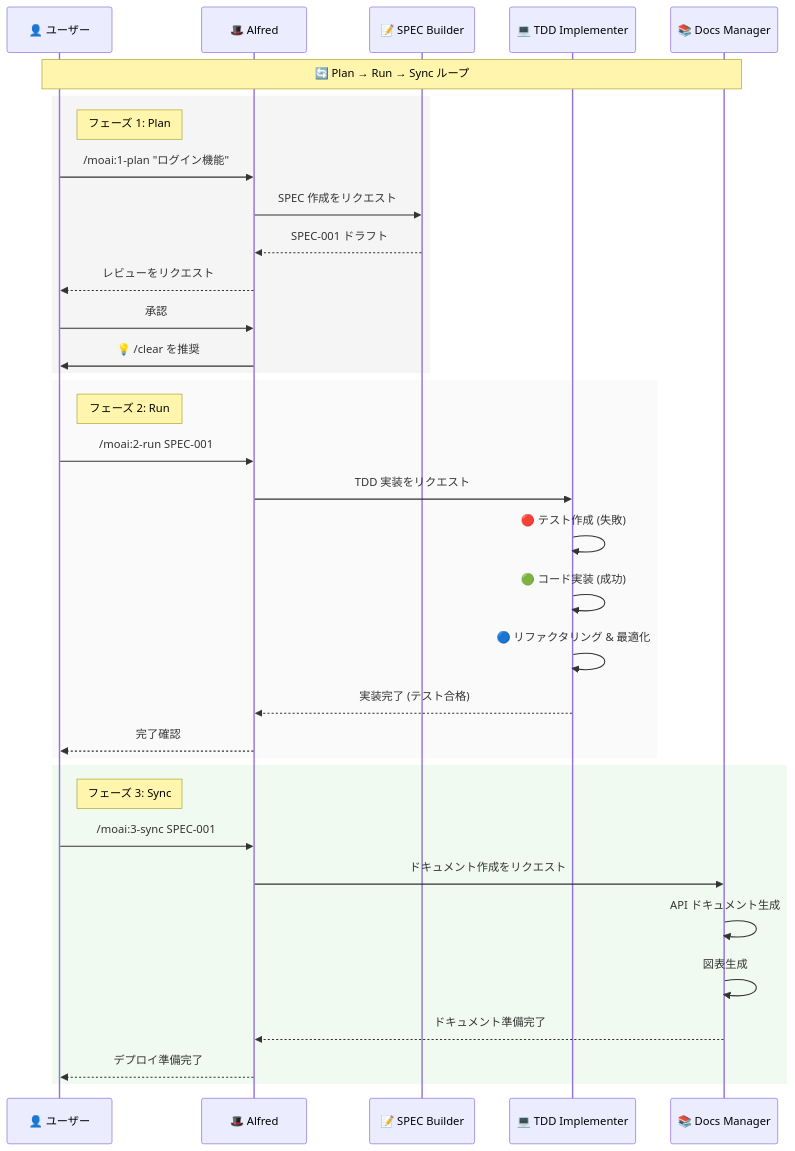
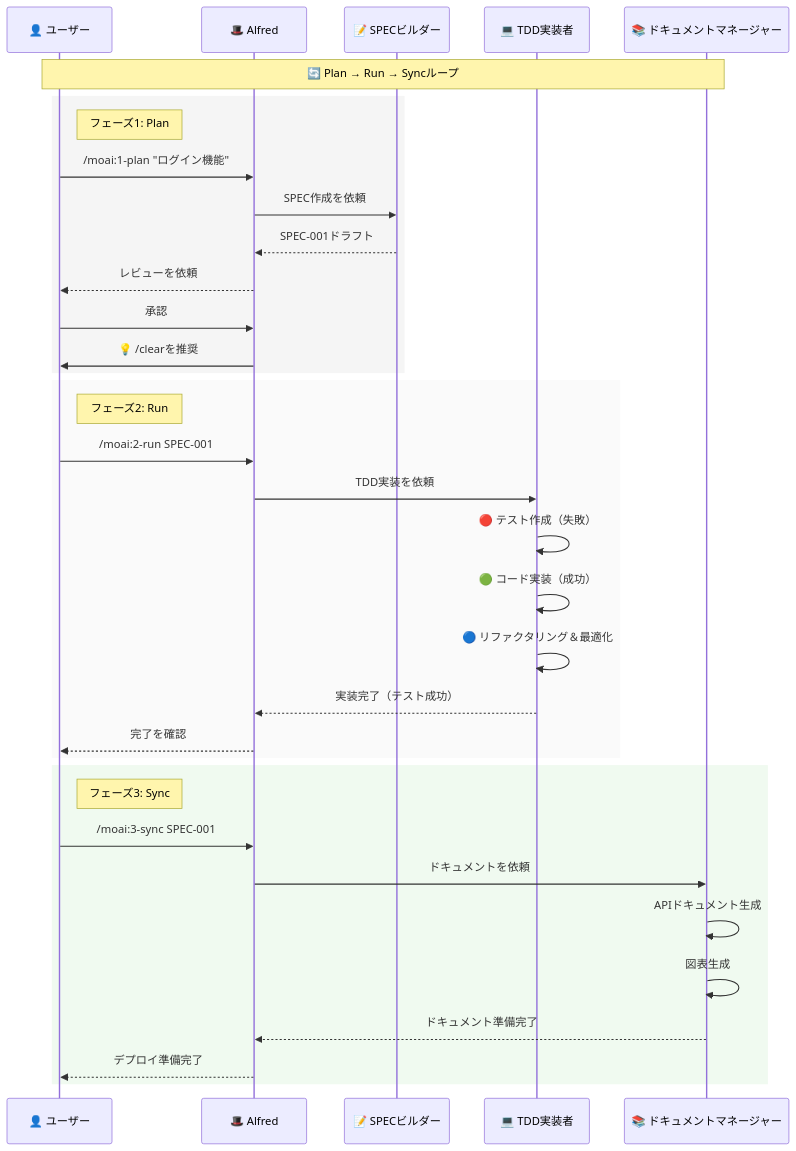
Before and after one commit to modu-ai/moai-adk: the second of 5 diagrams in README.ja.md, drawn with Mermaid. The commit also changed other lines of this file and 253 other files, not shown here.

````diff
--- a/README.ja.md
+++ b/README.ja.md
@@ -379,41 +439,41 @@
 ```mermaid
 sequenceDiagram
     participant U as 👤 ユーザー
     participant A as 🎩 Alfred
-    participant S as 📝 SPEC Builder
-    participant T as 💻 TDD Implementer
-    participant D as 📚 Docs Manager
+    participant S as 📝 SPECビルダー
+    participant T as 💻 TDD実装者
+    participant D as 📚 ドキュメントマネージャー
 
-    Note over U,D: 🔄 Plan → Run → Sync ループ
+    Note over U,D: 🔄 Plan → Run → Syncループ
 
     rect rgb(245, 245, 245)
-        Note right of U: フェーズ 1: Plan
+        Note right of U: フェーズ1: Plan
         U->>A: /moai:1-plan "ログイン機能"
-        A->>S: SPEC 作成をリクエスト
-        S-->>A: SPEC-001 ドラフト
-        A-->>U: レビューをリクエスト
+        A->>S: SPEC作成を依頼
+        S-->>A: SPEC-001ドラフト
+        A-->>U: レビューを依頼
         U->>A: 承認
-        A->>U: 💡 /clear を推奨
+        A->>U: 💡 /clearを推奨
     end
 
     rect rgb(250, 250, 250)
-        Note right of U: フェーズ 2: Run
+        Note right of U: フェーズ2: Run
         U->>A: /moai:2-run SPEC-001
-        A->>T: TDD 実装をリクエスト
-        T->>T: 🔴 テスト作成 (失敗)
-        T->>T: 🟢 コード実装 (成功)
-        T->>T: 🔵 リファクタリング & 最適化
-        T-->>A: 実装完了 (テスト合格)
-        A-->>U: 完了確認
+        A->>T: TDD実装を依頼
+        T->>T: 🔴 テスト作成（失敗）
+        T->>T: 🟢 コード実装（成功）
+        T->>T: 🔵 リファクタリング＆最適化
+        T-->>A: 実装完了（テスト成功）
+        A-->>U: 完了を確認
     end
 
     rect rgb(240, 250, 240)
-        Note right of U: フェーズ 3: Sync
+        Note right of U: フェーズ3: Sync
         U->>A: /moai:3-sync SPEC-001
-        A->>D: ドキュメント作成をリクエスト
-        D->>D: API ドキュメント生成
+        A->>D: ドキュメントを依頼
+        D->>D: APIドキュメント生成
         D->>D: 図表生成
         D-->>A: ドキュメント準備完了
         A-->>U: デプロイ準備完了
     end
 ```
````
